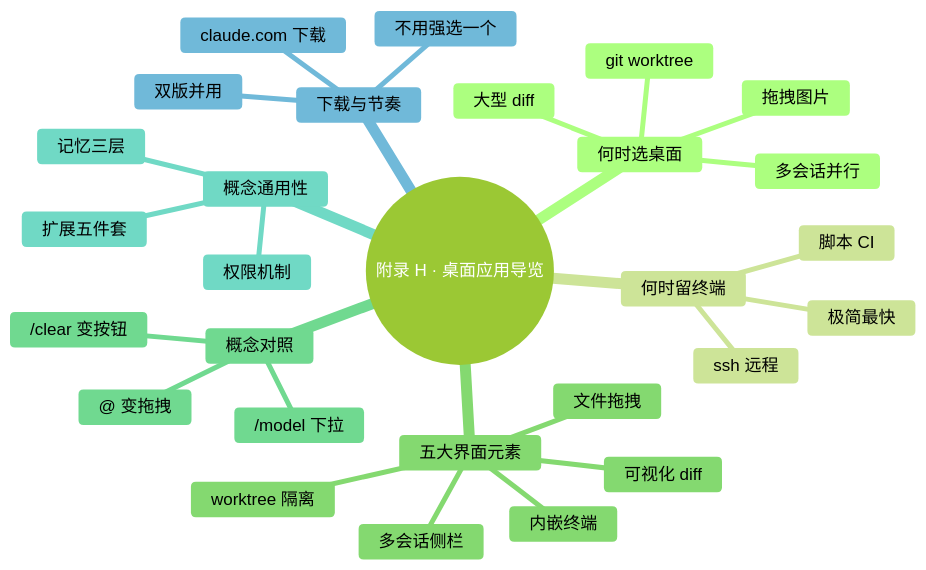
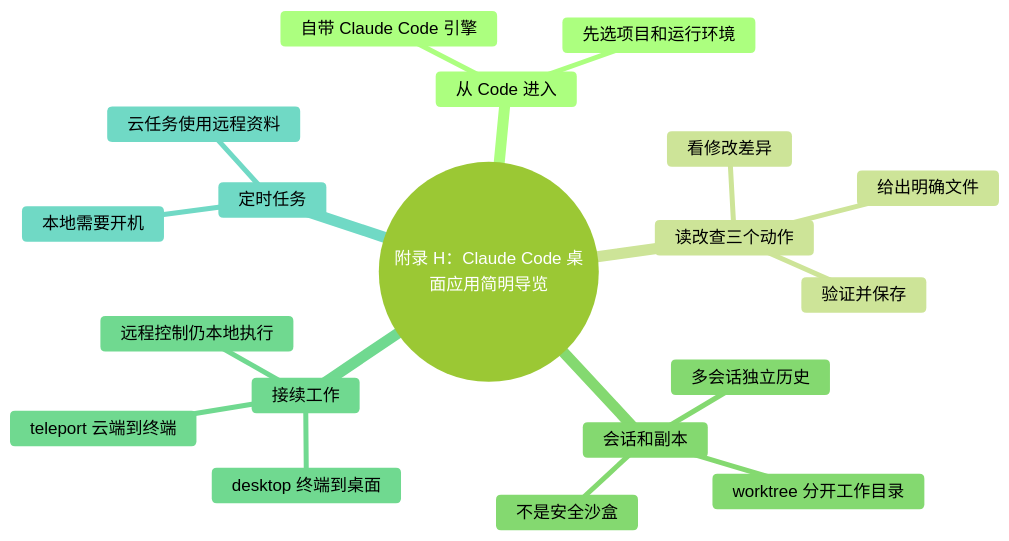
One commit to mali9527/claude-code-full-guide-for-beginners changed the diagram in manuscript/附录/H-桌面应用导览.md. Above: the diagram before and after it, drawn with Mermaid. The commit also changed other lines of this file and 130 other files, not shown here.

Commit message:
更新 Claude Code 九月源稿并接入系列生产工具

````diff
--- a/manuscript/附录/H-桌面应用导览.md
+++ b/manuscript/附录/H-桌面应用导览.md
@@ -8,40 +8,30 @@
 ```mermaid
 ---
 config:
   theme: forest
   themeVariables:
     fontFamily: "-apple-system, 'SF Pro Text', 'PingFang SC', 'Helvetica Neue', sans-serif"
     fontSize: "17px"
     lineColor: "#D9D9D9"
 ---
 mindmap
-  root((附录 H · 桌面应用导览))
-    何时选桌面
-      多会话并行
-      大型 diff
-      git worktree
-      拖拽图片
-    何时留终端
-      极简最快
-      ssh 远程
-      脚本 CI
-    五大界面元素
-      多会话侧栏
-      可视化 diff
-      内嵌终端
-      文件拖拽
-      worktree 隔离
-    概念对照
-      @ 变拖拽
-      /clear 变按钮
-      /model 下拉
-    概念通用性
-      记忆三层
-      权限机制
-      扩展五件套
-    下载与节奏
-      claude.com 下载
-      双版并用
-      不用强选一个
-
+  root((附录 H：Claude Code 桌面应用简明导览))
+    从 Code 进入
+      自带 Claude Code 引擎
+      先选项目和运行环境
+    读改查三个动作
+      给出明确文件
+      看修改差异
+      验证并保存
+    会话和副本
+      多会话独立历史
+      worktree 分开工作目录
+      不是安全沙盒
+    接续工作
+      desktop 终端到桌面
+      teleport 云端到终端
+      远程控制仍本地执行
+    定时任务
+      本地需要开机
+      云任务使用远程资料
 ```
````
